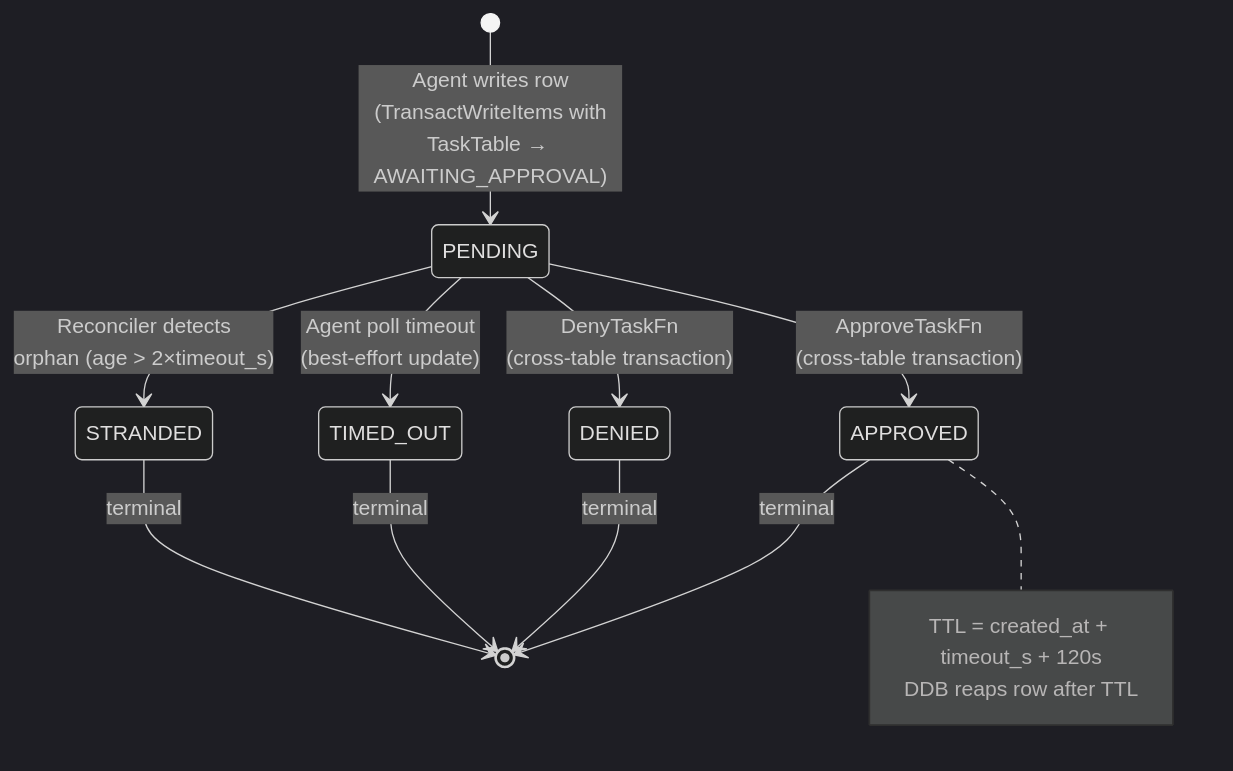
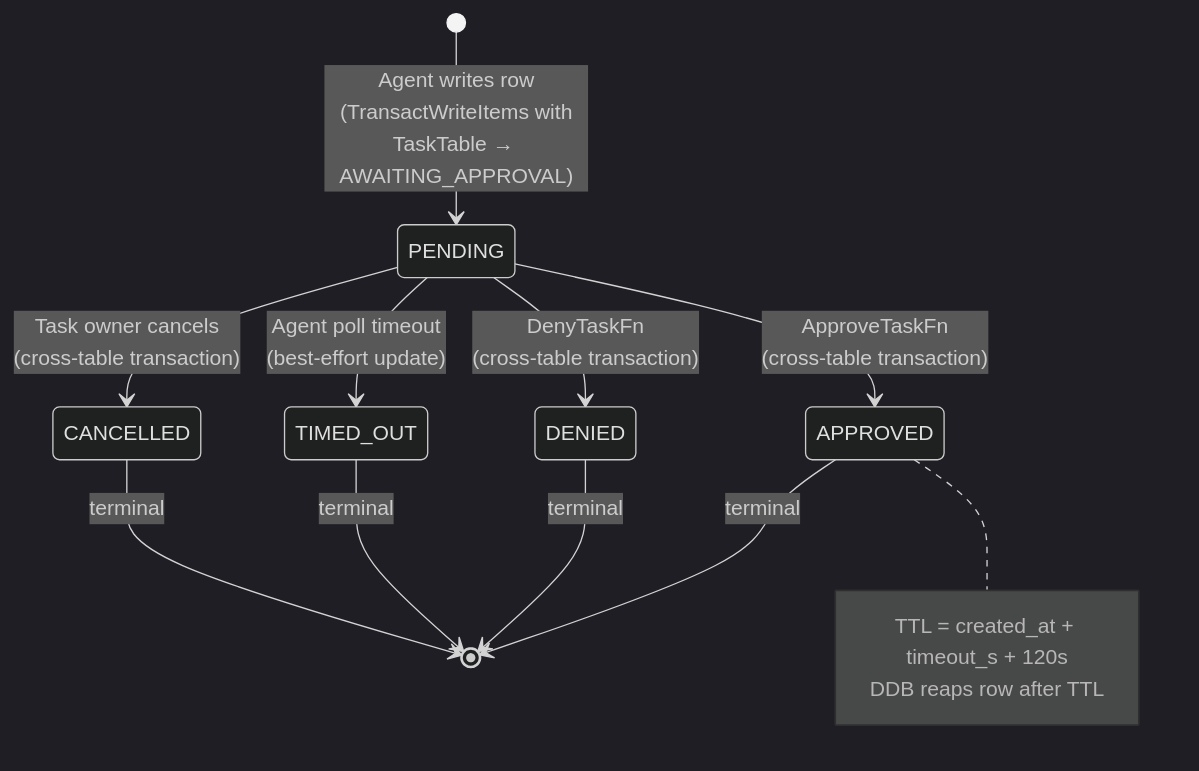
Before and after one commit to aws-samples/sample-autonomous-cloud-coding-agents: the third of 6 diagrams in docs/design/CEDAR_HITL_GATES.md, drawn with Mermaid (dark theme). The commit also changed other lines of this file and 56 other files, not shown here.

````diff
--- a/docs/design/CEDAR_HITL_GATES.md
+++ b/docs/design/CEDAR_HITL_GATES.md
@@ -1282,16 +1303,16 @@
 ```mermaid
 stateDiagram-v2
     [*] --> PENDING: Agent writes row<br/>(TransactWriteItems with<br/>TaskTable → AWAITING_APPROVAL)
     PENDING --> APPROVED: ApproveTaskFn<br/>(cross-table transaction)
     PENDING --> DENIED: DenyTaskFn<br/>(cross-table transaction)
     PENDING --> TIMED_OUT: Agent poll timeout<br/>(best-effort update)
-    PENDING --> STRANDED: Reconciler detects<br/>orphan (age > 2×timeout_s)
+    PENDING --> CANCELLED: Task owner cancels<br/>(cross-table transaction)
     APPROVED --> [*]: terminal
     DENIED --> [*]: terminal
     TIMED_OUT --> [*]: terminal
-    STRANDED --> [*]: terminal
+    CANCELLED --> [*]: terminal
     note right of APPROVED
         TTL = created_at + timeout_s + 120s
         DDB reaps row after TTL
     end note
 ```
````
